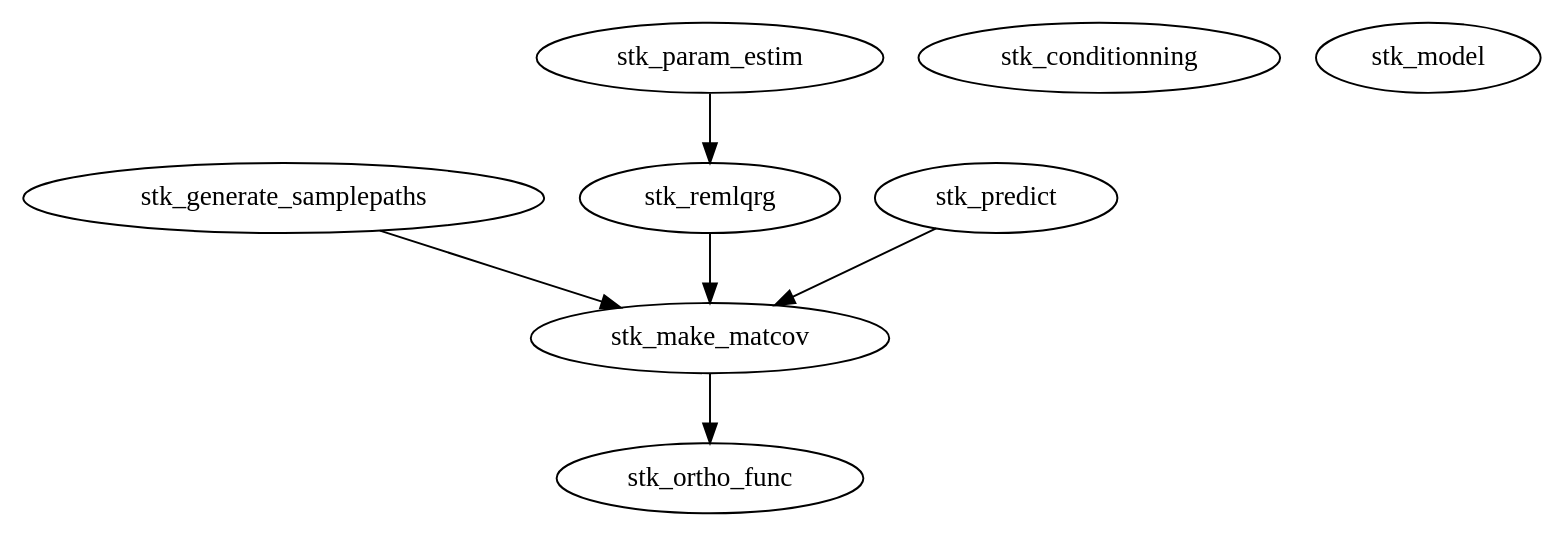
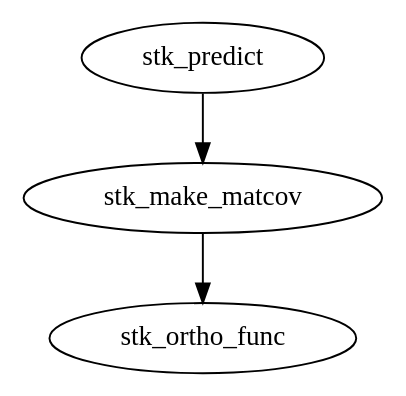
The diagram in htmldoc/core/graph.dot (stk-kriging/stk), drawn with Graphviz before and after one commit. The commit also changed 45 other files, not shown here.

```diff
--- a/htmldoc/core/graph.dot
+++ b/htmldoc/core/graph.dot
@@ -1,17 +1,9 @@
 /* Created by mdot for Matlab */
 digraph m2html {
-  stk_generate_samplepaths -> stk_make_matcov;
   stk_make_matcov -> stk_ortho_func;
-  stk_param_estim -> stk_remlqrg;
   stk_predict -> stk_make_matcov;
-  stk_remlqrg -> stk_make_matcov;
 
-  stk_conditionning [URL="stk_conditionning.html"];
-  stk_generate_samplepaths [URL="stk_generate_samplepaths.html"];
   stk_make_matcov [URL="stk_make_matcov.html"];
-  stk_model [URL="stk_model.html"];
   stk_ortho_func [URL="stk_ortho_func.html"];
-  stk_param_estim [URL="stk_param_estim.html"];
   stk_predict [URL="stk_predict.html"];
-  stk_remlqrg [URL="stk_remlqrg.html"];
 }
```
